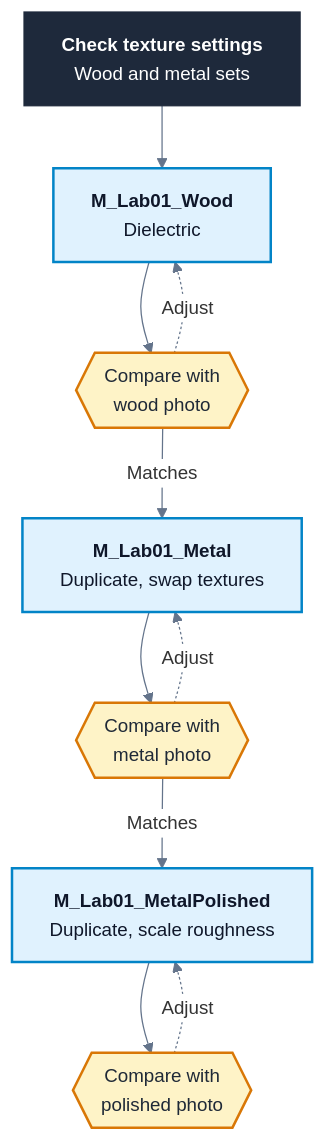
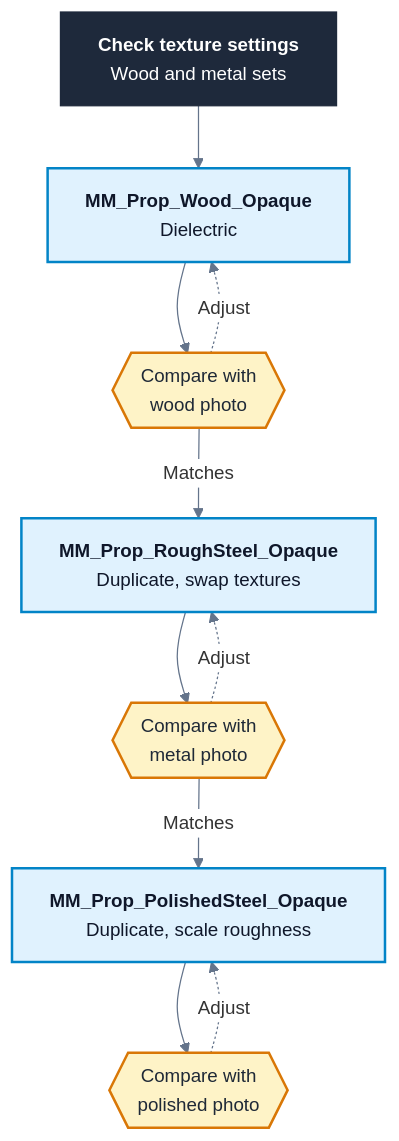
Before and after one commit to nmcguinness/L8-3DGD-Materials: the diagram in labs/lab_1_pbr_surface_materials.md, drawn with Mermaid. The commit also changed other lines of this file and 394 other files, not shown here.

````diff
--- a/labs/lab_1_pbr_surface_materials.md
+++ b/labs/lab_1_pbr_surface_materials.md
@@ -67,28 +68,28 @@
 ```mermaid
 %%{init: {"theme": "base", "themeVariables": {"fontFamily": "Arial, Helvetica, sans-serif", "fontSize": "15px", "lineColor": "#64748b", "edgeLabelBackground": "#ffffff"}}}%%
 flowchart TD
     accTitle: Lab 1 plan
     accDescr: Check the texture settings for both texture sets. Build the wood material and compare it with the wood reference photo. Duplicate it and swap in the metal textures to make the metal material, then compare it with the metal reference photo. Duplicate the metal material and scale its roughness to make the polished variant, then compare it with the polished reference photo.
 
     check["<b>Check texture settings</b><br/>Wood and metal sets"]
-    wood["<b>M_Lab01_Wood</b><br/>Dielectric"]
-    metal["<b>M_Lab01_Metal</b><br/>Duplicate, swap textures"]
-    polished["<b>M_Lab01_MetalPolished</b><br/>Duplicate, scale roughness"]
+    wood["<b>MM_Prop_Wood_Opaque</b><br/>Dielectric"]
+    metal["<b>MM_Prop_RoughSteel_Opaque</b><br/>Duplicate, swap textures"]
+    polished["<b>MM_Prop_PolishedSteel_Opaque</b><br/>Duplicate, scale roughness"]
     r1{{"Compare with<br/>wood photo"}}
     r2{{"Compare with<br/>metal photo"}}
     r3{{"Compare with<br/>polished photo"}}
 
     check --> wood --> r1
     r1 -->|Matches| metal --> r2
     r2 -->|Matches| polished --> r3
     r1 -.->|Adjust| wood
     r2 -.->|Adjust| metal
     r3 -.->|Adjust| polished
 
     classDef setup fill:#1e293b,stroke:#1e293b,color:#ffffff
     classDef build fill:#e0f2fe,stroke:#0284c7,stroke-width:2px,color:#0f172a
     classDef compare fill:#fef3c7,stroke:#d97706,stroke-width:2px,color:#1f2937
     class check setup
     class wood,metal,polished build
     class r1,r2,r3 compare
 ```
````
